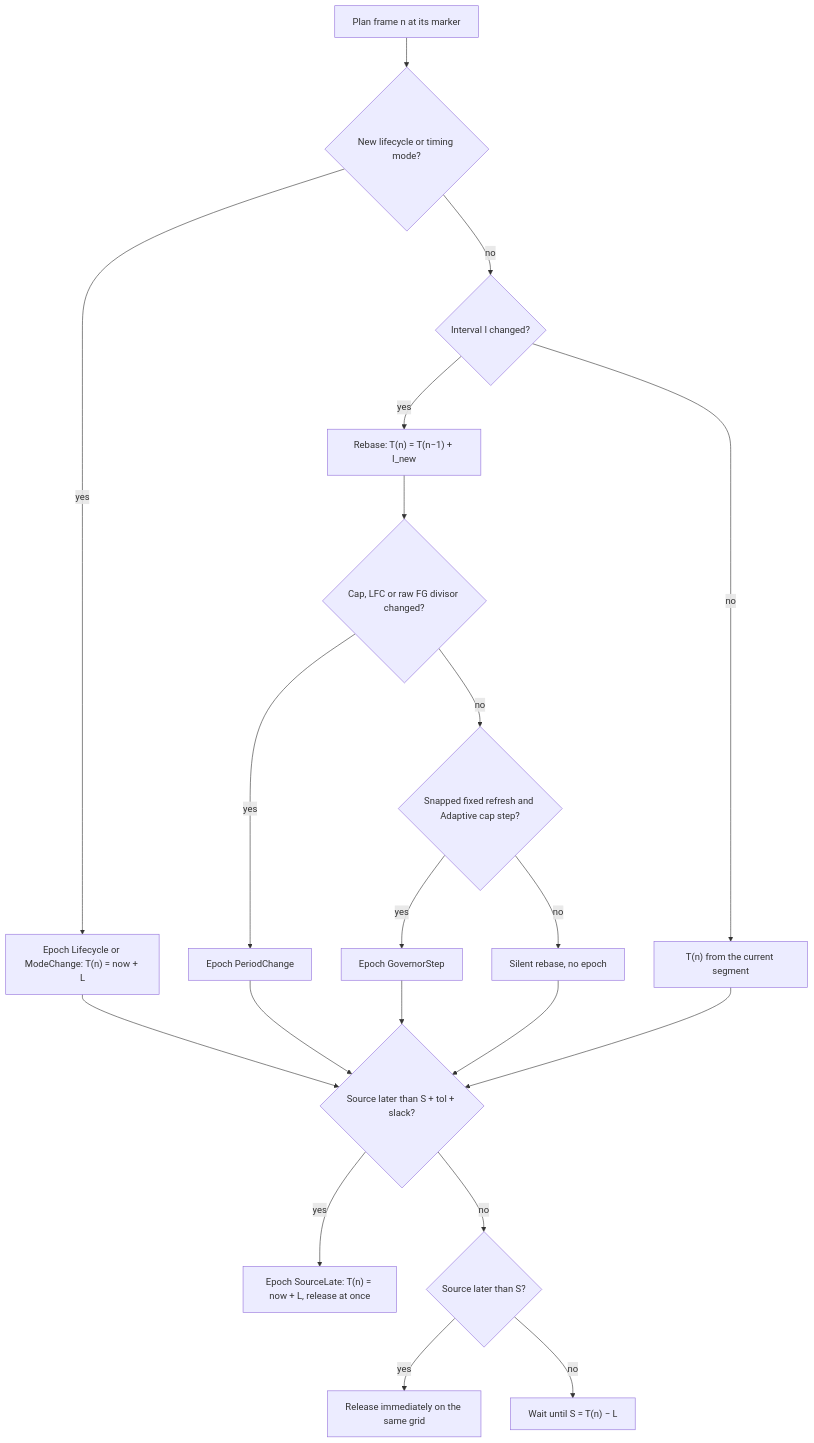
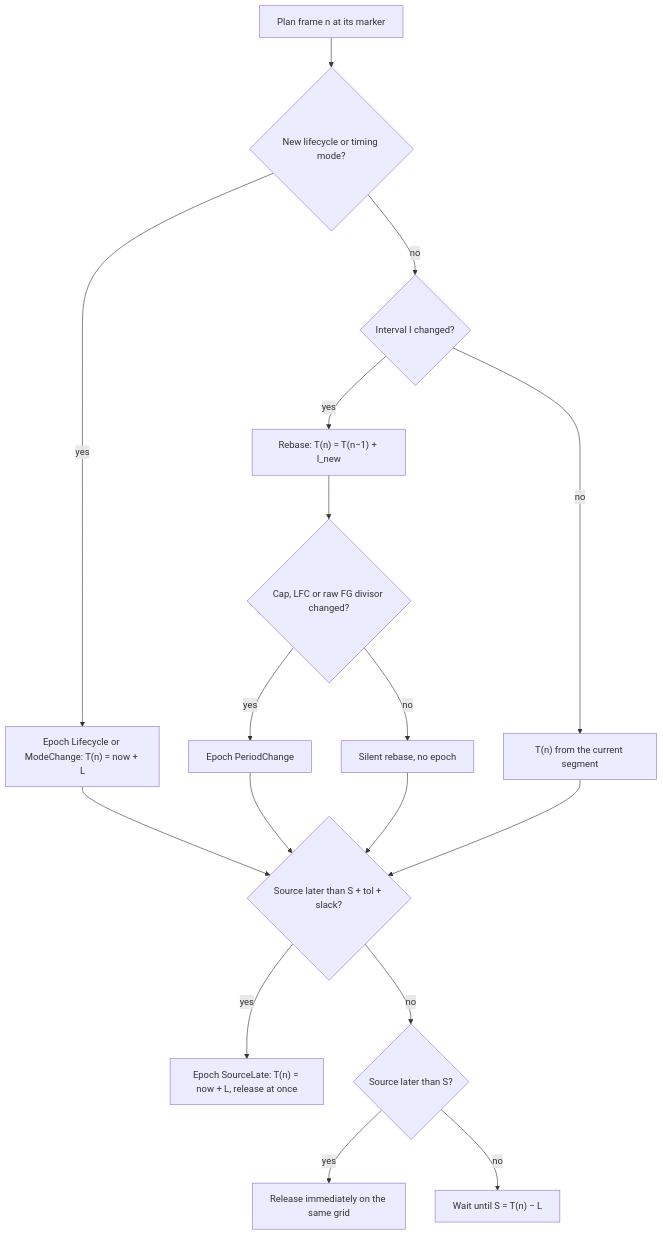
The third of 11 diagrams in docs/FRAME_PACING.md (RankFTW/ReLimiter), drawn with Mermaid before and after one commit. The commit also changed other lines of this file and 32 other files, not shown here.

````diff
--- a/docs/FRAME_PACING.md
+++ b/docs/FRAME_PACING.md
@@ -163,22 +161,19 @@
 ```mermaid
 flowchart TD
     A["Plan frame n at its marker"] --> B{"New lifecycle or timing mode?"}
     B -->|yes| C["Epoch Lifecycle or ModeChange: T(n) = now + L"]
     B -->|no| D{"Interval I changed?"}
     D -->|no| K["T(n) from the current segment"]
     D -->|yes| E["Rebase: T(n) = T(n−1) + I_new"]
     E --> F{"Cap, LFC or raw FG divisor changed?"}
     F -->|yes| G["Epoch PeriodChange"]
-    F -->|no| H{"Snapped fixed refresh and Adaptive cap step?"}
-    H -->|yes| I["Epoch GovernorStep"]
-    H -->|no| J["Silent rebase, no epoch"]
+    F -->|no| J["Silent rebase, no epoch"]
     C --> L{"Source later than S + tol + slack?"}
     G --> L
-    I --> L
     J --> L
     K --> L
     L -->|yes| M["Epoch SourceLate: T(n) = now + L, release at once"]
     L -->|no| N{"Source later than S?"}
     N -->|yes| O["Release immediately on the same grid"]
     N -->|no| P["Wait until S = T(n) − L"]
 ```
````
